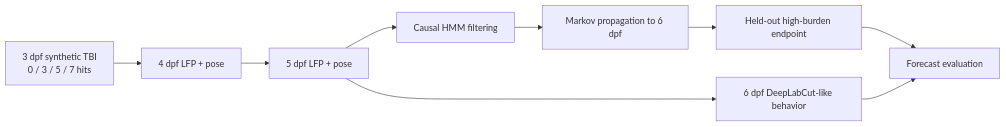
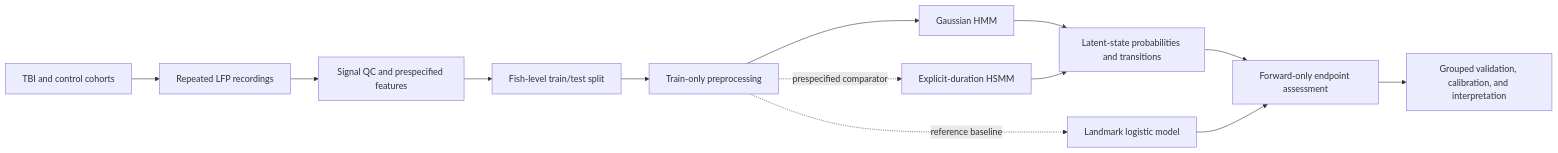
One commit to josephreggy23-coder/Latent-Period-Epileptogenesis-Assessment-Via-Markov-Modeling changed the diagram in README.md. Above: the diagram before and after it, drawn with Mermaid. The commit also changed other lines of this file and 40 other files, not shown here.

````diff
--- a/README.md
+++ b/README.md
@@ -44,11 +115,15 @@
 ```mermaid
 flowchart LR
-    A["3 dpf synthetic TBI<br/>0 / 3 / 5 / 7 hits"] --> B["4 dpf LFP + pose"]
-    B --> C["5 dpf LFP + pose"]
-    C --> D["Causal HMM filtering"]
-    D --> E["Markov propagation to 6 dpf"]
-    E --> F["Held-out high-burden endpoint"]
-    C --> G["6 dpf DeepLabCut-like behavior"]
-    F --> H["Forecast evaluation"]
-    G --> H
+    A["TBI and control cohorts"] --> B["Repeated LFP recordings"]
+    B --> C["Signal QC and prespecified features"]
+    C --> D["Fish-level train/test split"]
+    D --> E["Train-only preprocessing"]
+    E --> F["Gaussian HMM"]
+    E -. "prespecified comparator" .-> G["Explicit-duration HSMM"]
+    E -. "reference baseline" .-> H["Landmark logistic model"]
+    F --> I["Latent-state probabilities and transitions"]
+    G --> I
+    I --> J["Forward-only endpoint assessment"]
+    H --> J
+    J --> K["Grouped validation, calibration, and interpretation"]
 ```
````
